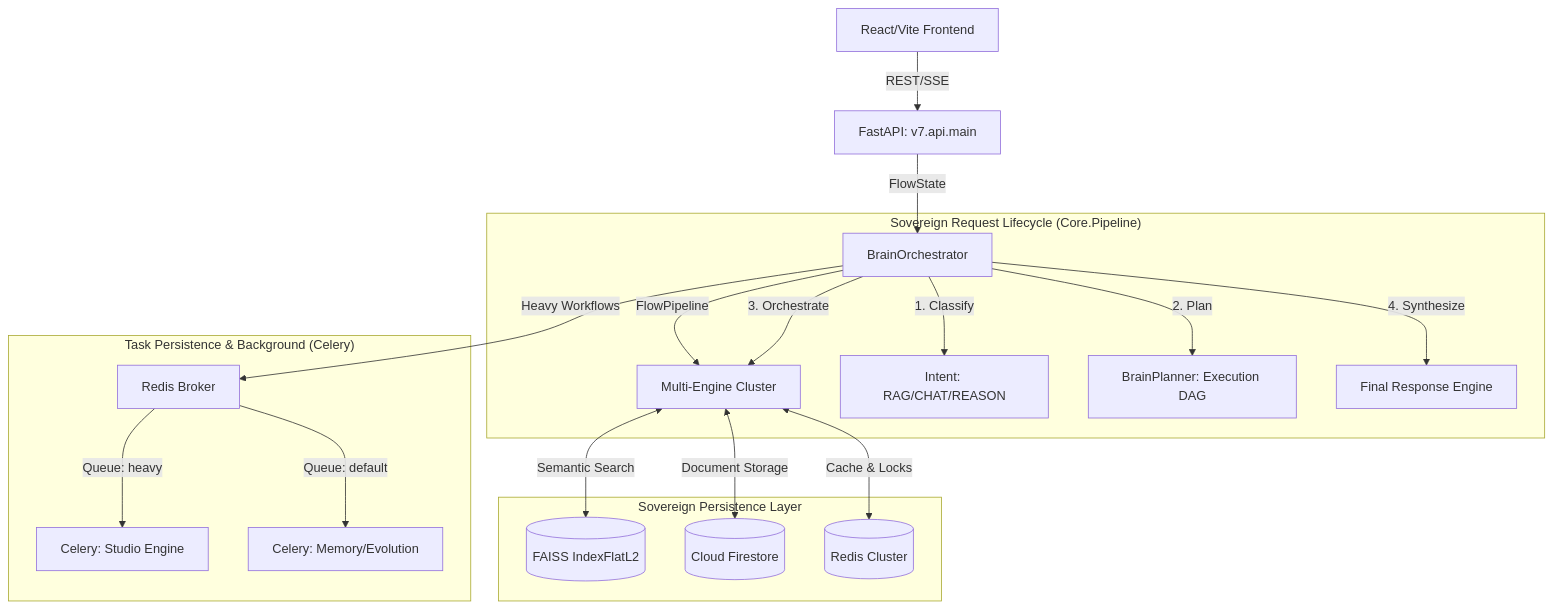
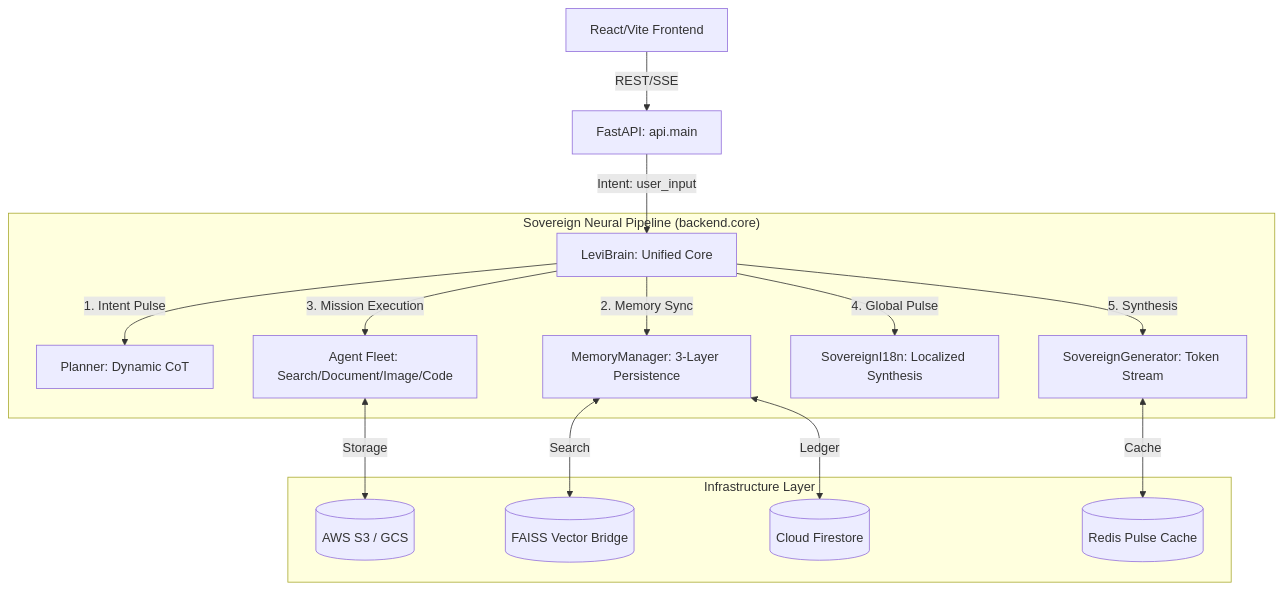
The diagram in README.md (Blackdrg/levi-ai-innovate), drawn with Mermaid before and after one commit. The commit also changed other lines of this file and 92 other files, not shown here.

Commit message:
docs: harden documentation and synchronize Sovereign OS v7.2 architecture paths

````diff
--- a/README.md
+++ b/README.md
@@ -67,25 +71,20 @@
 ```mermaid
 graph TD
-    Client[React/Vite Frontend] -->|REST/SSE| API[FastAPI: v7.api.main]
-    API -->|FlowState| Orchestrator[BrainOrchestrator]
-    Orchestrator -->|FlowPipeline| SubEngines[Multi-Engine Cluster]
+    Client[React/Vite Frontend] -->|REST/SSE| API[FastAPI: api.main]
+    API -->|Intent: user_input| Brain[LeviBrain: Unified Core]
     
-    subgraph "Sovereign Request Lifecycle (Core.Pipeline)"
-        Orchestrator -->|1. Classify| Intent[Intent: RAG/CHAT/REASON]
-        Orchestrator -->|2. Plan| Planner[BrainPlanner: Execution DAG]
-        Orchestrator -->|3. Orchestrate| SubEngines
-        Orchestrator -->|4. Synthesize| Merge[Final Response Engine]
+    subgraph "Sovereign Neural Pipeline (backend.core)"
+        Brain -->|1. Intent Pulse| Planner[Planner: Dynamic CoT]
+        Brain -->|2. Memory Sync| Memory[MemoryManager: 3-Layer Persistence]
+        Brain -->|3. Mission Execution| Fleet[Agent Fleet: Search/Document/Image/Code]
+        Brain -->|4. Global Pulse| i18n[SovereignI18n: Localized Synthesis]
+        Brain -->|5. Synthesis| Final[SovereignGenerator: Token Stream]
     end
 
-    subgraph "Task Persistence & Background (Celery)"
-        Orchestrator -->|Heavy Workflows| Redis[Redis Broker]
-        Redis -->|Queue: heavy| Studio[Celery: Studio Engine]
-        Redis -->|Queue: default| MemoryFlush[Celery: Memory/Evolution]
-    end
-
-    subgraph "Sovereign Persistence Layer"
-        SubEngines <--Semantic Search--> FAISS[(FAISS IndexFlatL2)]
-        SubEngines <--Document Storage--> Firestore[(Cloud Firestore)]
-        SubEngines <--Cache & Locks--> RedisDB[(Redis Cluster)]
+    subgraph "Infrastructure Layer"
+        Fleet <--Storage--> S3[(AWS S3 / GCS)]
+        Memory <--Search--> VectorDB[(FAISS Vector Bridge)]
+        Memory <--Ledger--> Firestore[(Cloud Firestore)]
+        Final <--Cache--> Redis[(Redis Pulse Cache)]
     end
 ```
````
